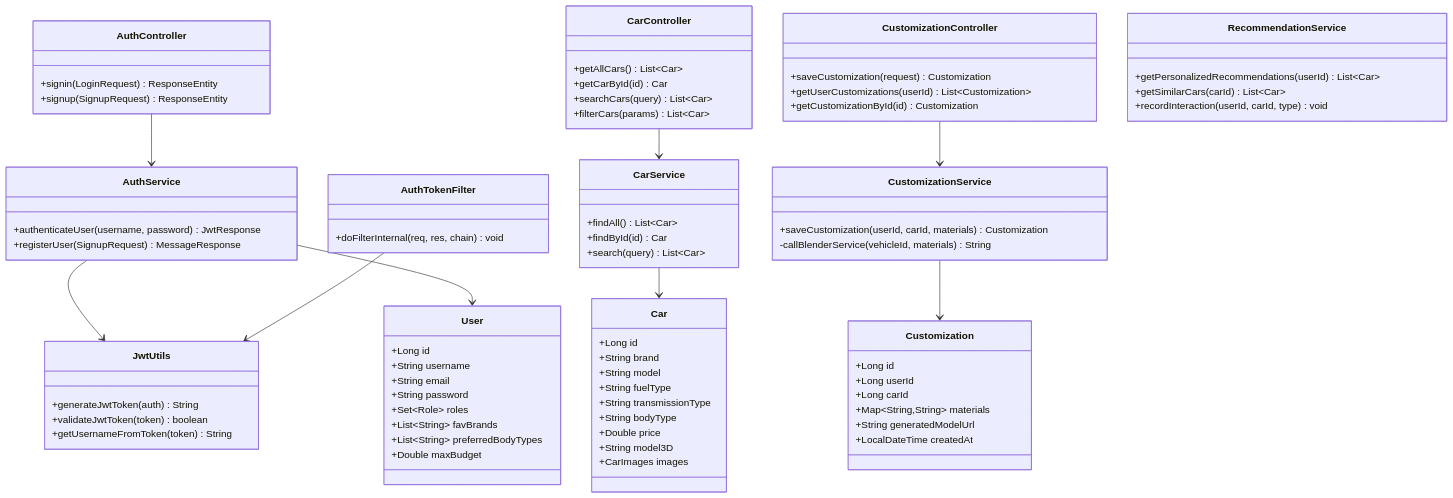
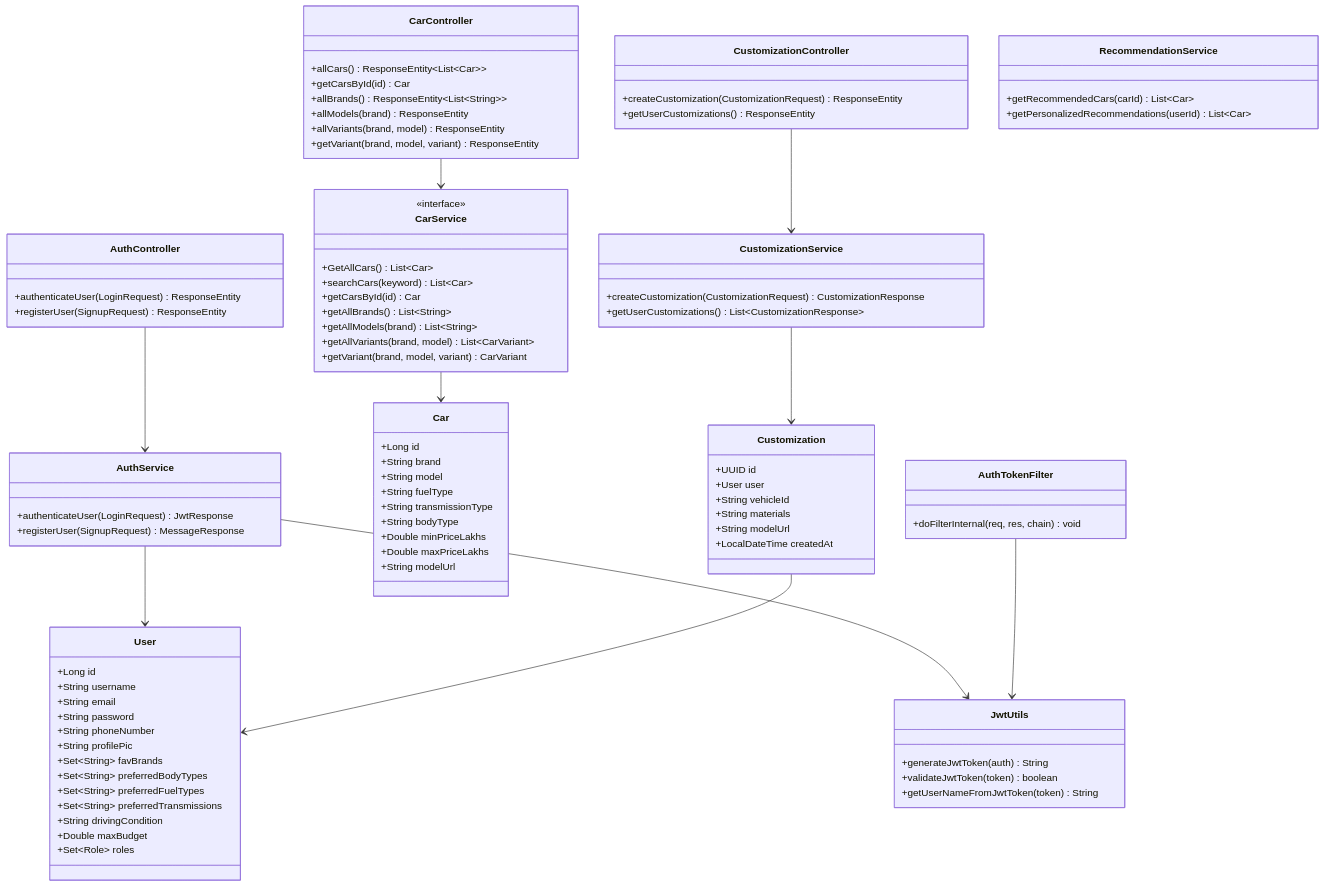
The fifth of 7 diagrams in README.md (AR-Car-Showcase/spring-boot-server), drawn with Mermaid before and after one commit.

Commit message:
Update class diagram in README.md

````diff
--- a/README.md
+++ b/README.md
@@ -196,43 +196,48 @@
 ```mermaid
 classDiagram
     class AuthController {
-        +signin(LoginRequest) ResponseEntity
-        +signup(SignupRequest) ResponseEntity
+        +authenticateUser(LoginRequest) ResponseEntity
+        +registerUser(SignupRequest) ResponseEntity
     }
 
     class CarController {
-        +getAllCars() List~Car~
-        +getCarById(id) Car
-        +searchCars(query) List~Car~
-        +filterCars(params) List~Car~
+        +allCars() ResponseEntity~List~Car~~
+        +getCarsById(id) Car
+        +allBrands() ResponseEntity~List~String~~
+        +allModels(brand) ResponseEntity
+        +allVariants(brand, model) ResponseEntity
+        +getVariant(brand, model, variant) ResponseEntity
     }
 
     class CustomizationController {
-        +saveCustomization(request) Customization
-        +getUserCustomizations(userId) List~Customization~
-        +getCustomizationById(id) Customization
+        +createCustomization(CustomizationRequest) ResponseEntity
+        +getUserCustomizations() ResponseEntity
     }
 
     class AuthService {
-        +authenticateUser(username, password) JwtResponse
+        +authenticateUser(LoginRequest) JwtResponse
         +registerUser(SignupRequest) MessageResponse
     }
 
     class CarService {
-        +findAll() List~Car~
-        +findById(id) Car
-        +search(query) List~Car~
+        <<interface>>
+        +GetAllCars() List~Car~
+        +searchCars(keyword) List~Car~
+        +getCarsById(id) Car
+        +getAllBrands() List~String~
+        +getAllModels(brand) List~String~
+        +getAllVariants(brand, model) List~CarVariant~
+        +getVariant(brand, model, variant) CarVariant
     }
 
     class CustomizationService {
-        +saveCustomization(userId, carId, materials) Customization
-        -callBlenderService(vehicleId, materials) String
+        +createCustomization(CustomizationRequest) CustomizationResponse
+        +getUserCustomizations() List~CustomizationResponse~
     }
 
     class RecommendationService {
+        +getRecommendedCars(carId) List~Car~
         +getPersonalizedRecommendations(userId) List~Car~
-        +getSimilarCars(carId) List~Car~
-        +recordInteraction(userId, carId, type) void
     }
 
     class User {
@@ -240,10 +245,15 @@
         +String username
         +String email
         +String password
+        +String phoneNumber
+        +String profilePic
+        +Set~String~ favBrands
+        +Set~String~ preferredBodyTypes
+        +Set~String~ preferredFuelTypes
+        +Set~String~ preferredTransmissions
+        +String drivingCondition
+        +Double maxBudget
         +Set~Role~ roles
-        +List~String~ favBrands
-        +List~String~ preferredBodyTypes
-        +Double maxBudget
     }
 
     class Car {
@@ -253,24 +263,24 @@
         +String fuelType
         +String transmissionType
         +String bodyType
-        +Double price
-        +String model3D
-        +CarImages images
+        +Double minPriceLakhs
+        +Double maxPriceLakhs
+        +String modelUrl
     }
 
     class Customization {
-        +Long id
-        +Long userId
-        +Long carId
-        +Map~String,String~ materials
-        +String generatedModelUrl
+        +UUID id
+        +User user
+        +String vehicleId
+        +String materials
+        +String modelUrl
         +LocalDateTime createdAt
     }
 
     class JwtUtils {
         +generateJwtToken(auth) String
         +validateJwtToken(token) boolean
-        +getUsernameFromToken(token) String
+        +getUserNameFromJwtToken(token) String
     }
 
     class AuthTokenFilter {
@@ -284,5 +294,6 @@
     AuthService --> User
     CarService --> Car
     CustomizationService --> Customization
+    Customization --> User
     AuthTokenFilter --> JwtUtils
 ```
````
